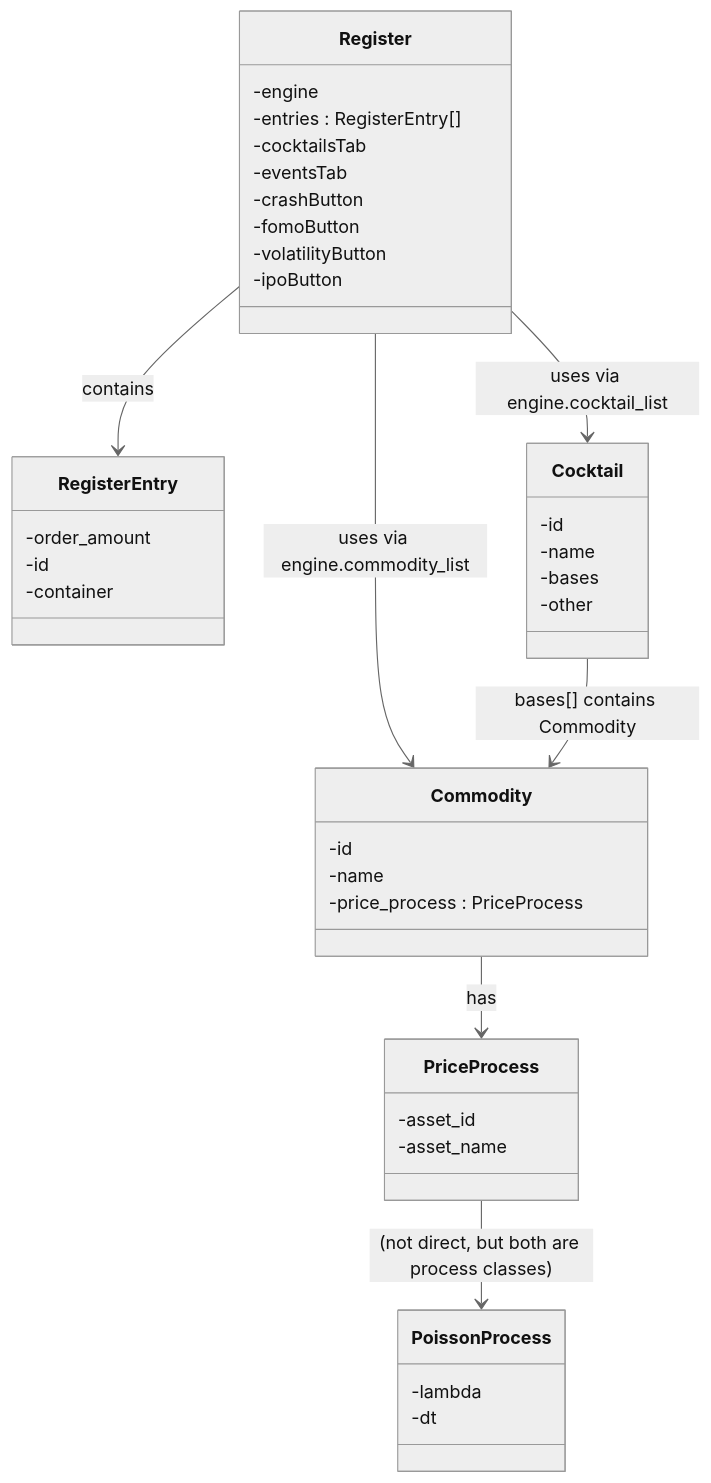
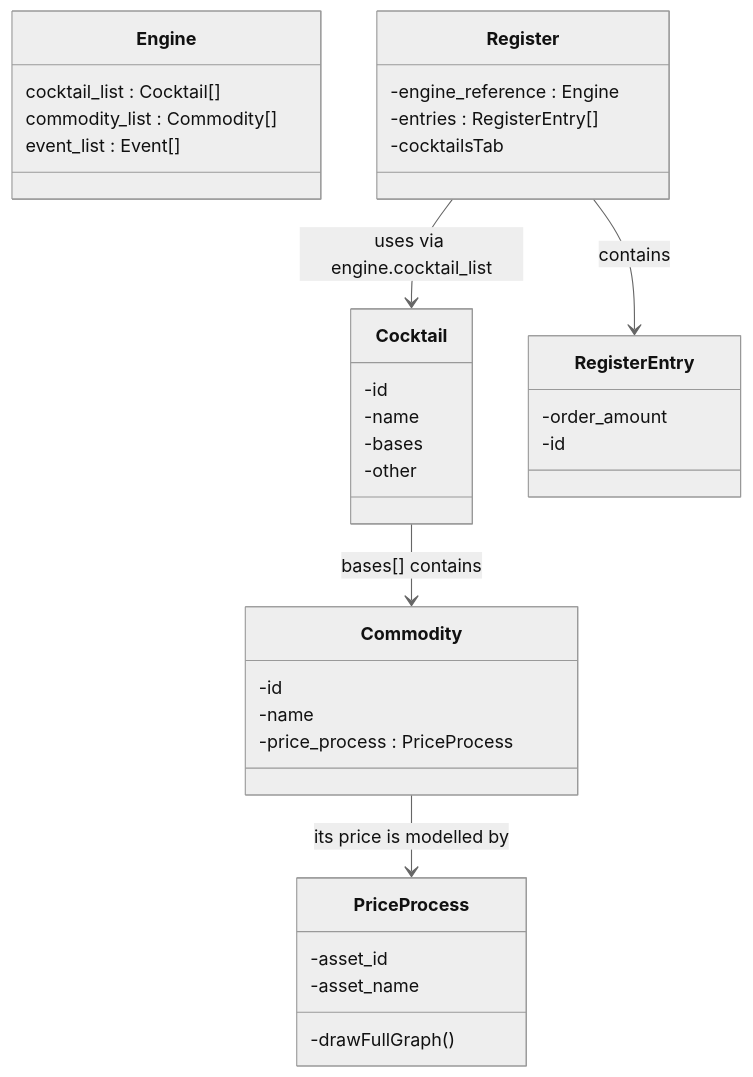
The diagram in README.md (SamueleVianello/Cocktail_price_simulation), drawn with Mermaid (neutral theme) before and after one commit. The commit also changed 4 other files, not shown here.

````diff
--- a/README.md
+++ b/README.md
@@ -12,44 +12,39 @@
 ```mermaid
 classDiagram
-    class Register {
-        -engine
-        -entries : RegisterEntry[]
-        -cocktailsTab
-        -eventsTab
-        -crashButton
-        -fomoButton
-        -volatilityButton
-        -ipoButton
-    }
-    class RegisterEntry {
-        -order_amount
-        -id
-        -container
+    class Engine {
+        cocktail_list : Cocktail[]
+        commodity_list : Commodity[]
+        event_list : Event[]
     }
     class Cocktail {
         -id
         -name
         -bases
         -other
     }
     class Commodity {
         -id
         -name
         -price_process : PriceProcess
     }
     class PriceProcess {
         -asset_id
         -asset_name
+        -drawFullGraph()
     }
-    class PoissonProcess {
-        -lambda
-        -dt
+    class Register {
+        -engine_reference : Engine
+        -entries : RegisterEntry[]
+        -cocktailsTab
     }
-
+    class RegisterEntry {
+        -order_amount
+        -id
+    }
+    
+    Cocktail --> Commodity : bases[] contains
+    Commodity --> PriceProcess : its price is modelled by
     Register --> RegisterEntry : contains
     Register --> Cocktail : uses via engine.cocktail_list
-    Register --> Commodity : uses via engine.commodity_list
-    Cocktail --> Commodity : bases[] contains Commodity 
-    Commodity --> PriceProcess : has
-    PriceProcess --> PoissonProcess : (not direct, but both are process classes)
+    
 ``` 
````
